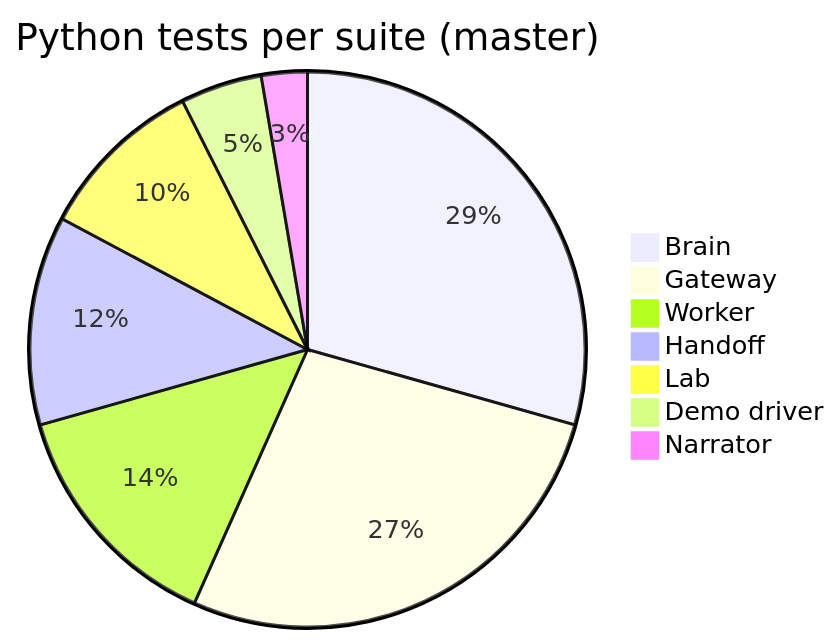
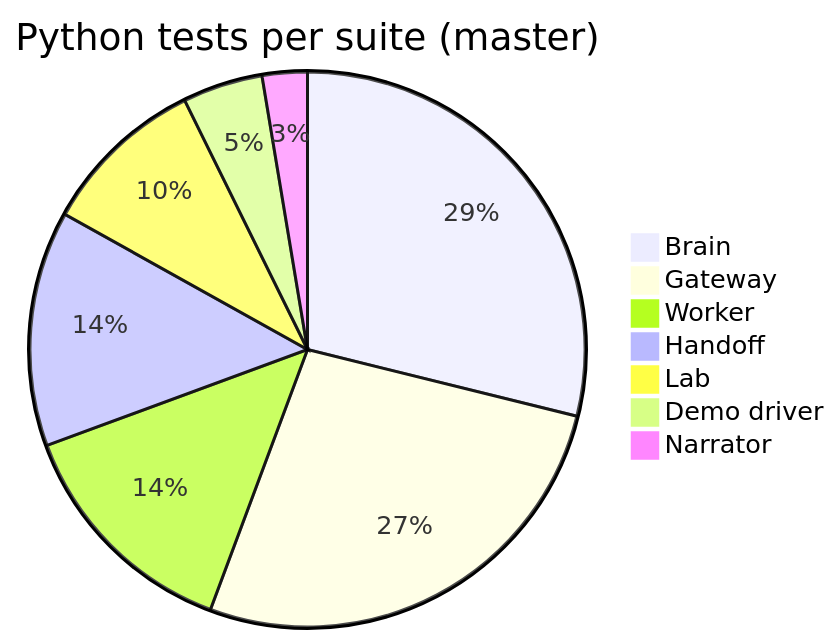
One commit to yashodeepchaudhari/tenantguard changed the diagram in prototype-docs/10_TESTING.md. Above: the diagram before and after it, drawn with Mermaid. The commit also changed other lines of this file and 10 other files, not shown here.

````diff
--- a/prototype-docs/10_TESTING.md
+++ b/prototype-docs/10_TESTING.md
@@ -21,10 +21,10 @@
 ```mermaid
 pie title Python tests per suite (master)
   "Brain" : 99
   "Gateway" : 92
   "Worker" : 47
-  "Handoff" : 41
+  "Handoff" : 47
   "Lab" : 33
   "Demo driver" : 16
   "Narrator" : 9
 ```
````
